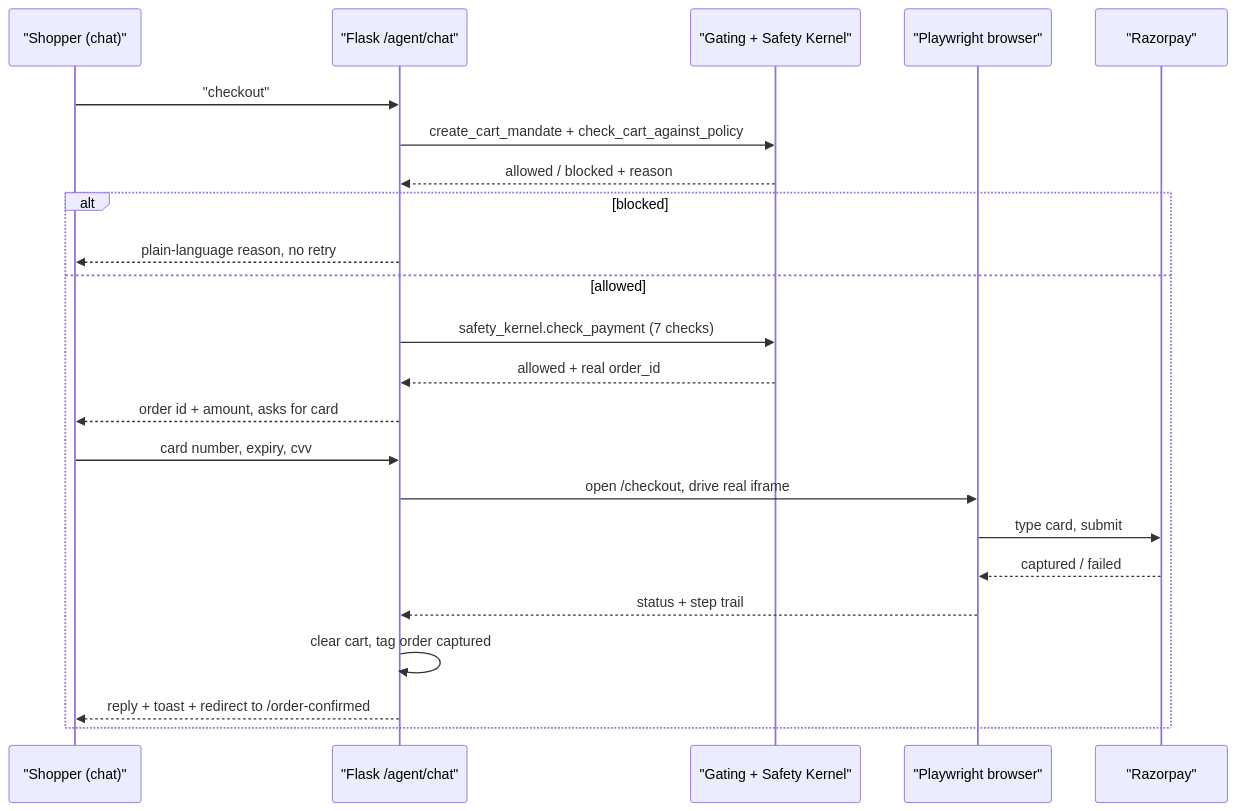
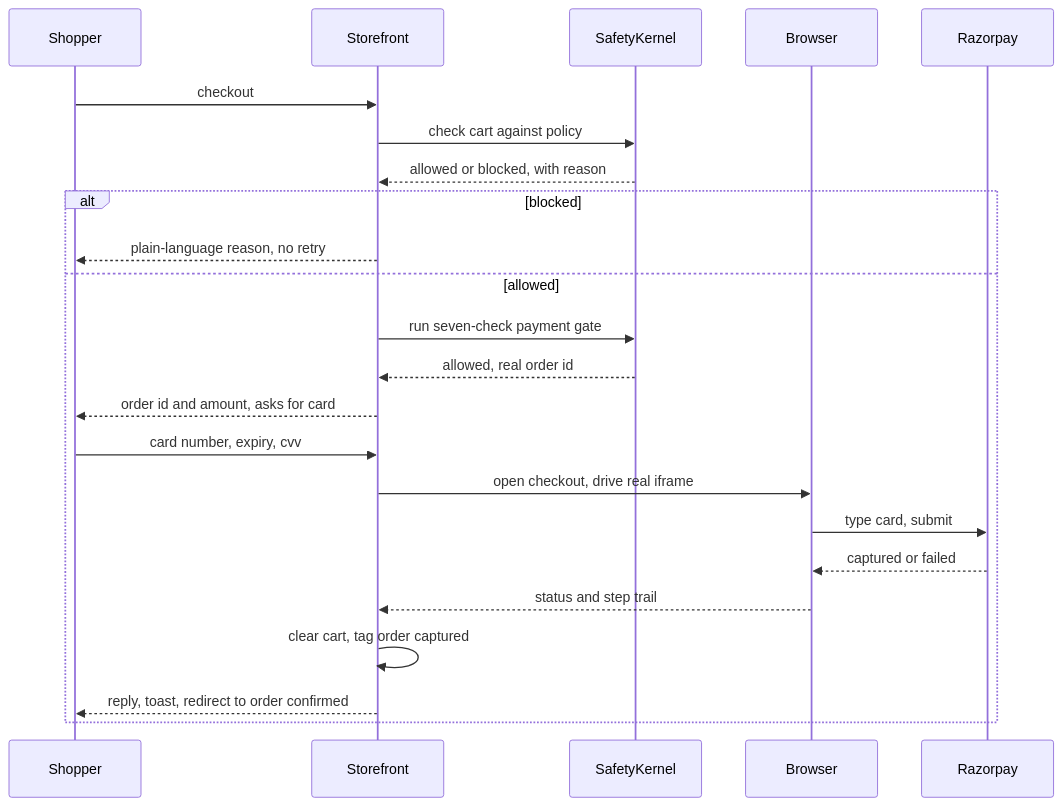
The second of 2 diagrams in README.md (RIDHIJ-19/cartmind), drawn with Mermaid before and after one commit.

Commit message:
Simplify sequence diagram participant names and message text to plain identifiers

````diff
--- a/README.md
+++ b/README.md
@@ -168,26 +168,26 @@
 ```mermaid
 sequenceDiagram
-  participant U as "Shopper (chat)"
-  participant S as "Flask /agent/chat"
-  participant G as "Gating + Safety Kernel"
-  participant B as "Playwright browser"
-  participant R as "Razorpay"
+  participant U as Shopper
+  participant S as Storefront
+  participant G as SafetyKernel
+  participant B as Browser
+  participant R as Razorpay
 
-  U->>S: "checkout"
-  S->>G: create_cart_mandate + check_cart_against_policy
-  G-->>S: allowed / blocked + reason
+  U->>S: checkout
+  S->>G: check cart against policy
+  G-->>S: allowed or blocked, with reason
   alt blocked
     S-->>U: plain-language reason, no retry
   else allowed
-    S->>G: safety_kernel.check_payment (7 checks)
-    G-->>S: allowed + real order_id
-    S-->>U: order id + amount, asks for card
+    S->>G: run seven-check payment gate
+    G-->>S: allowed, real order id
+    S-->>U: order id and amount, asks for card
     U->>S: card number, expiry, cvv
-    S->>B: open /checkout, drive real iframe
+    S->>B: open checkout, drive real iframe
     B->>R: type card, submit
-    R-->>B: captured / failed
-    B-->>S: status + step trail
+    R-->>B: captured or failed
+    B-->>S: status and step trail
     S->>S: clear cart, tag order captured
-    S-->>U: reply + toast + redirect to /order-confirmed
+    S-->>U: reply, toast, redirect to order confirmed
   end
 ```
````
